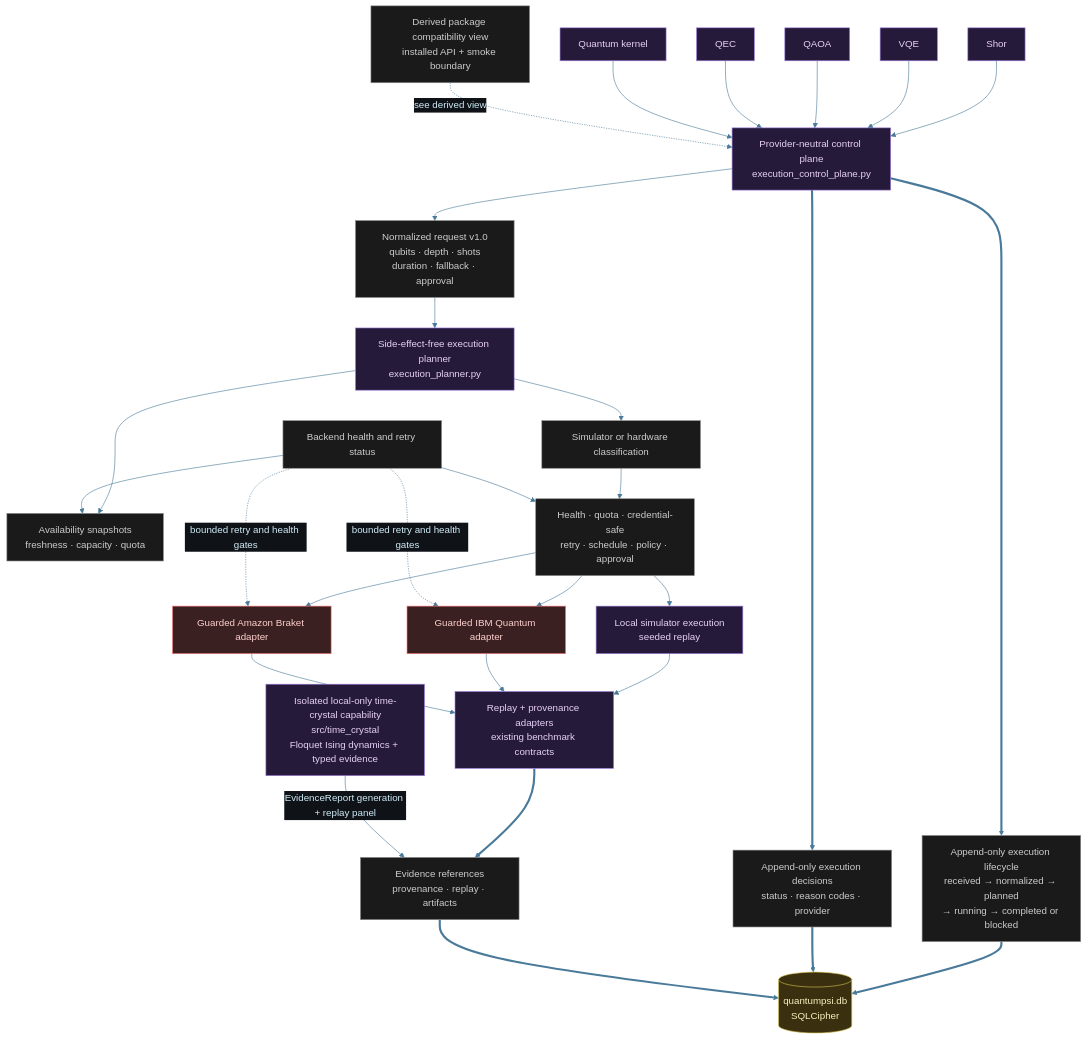
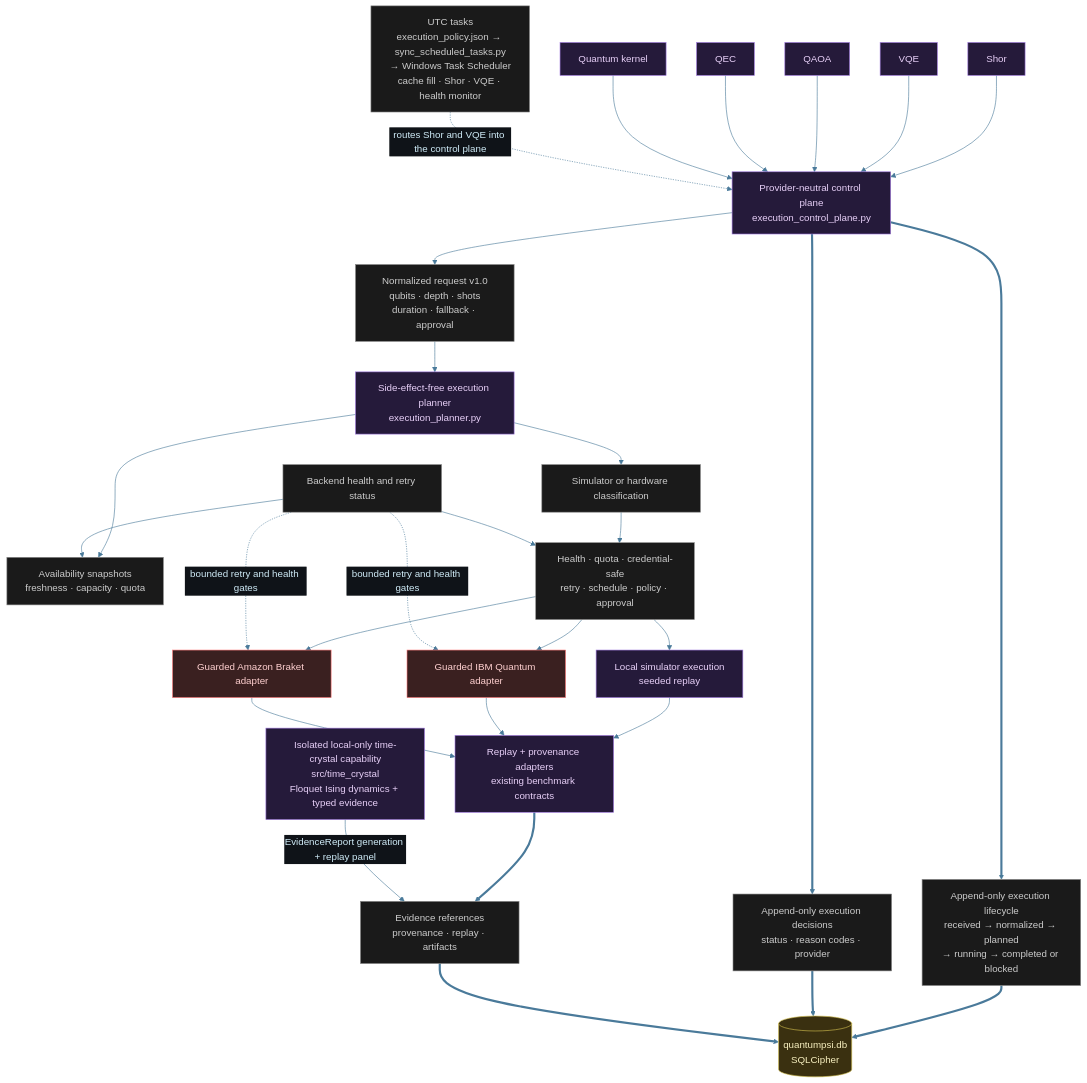
One commit to tylerdrakemusic/Quantum changed the diagram in diagrams/quantum-architecture.mmd. Above: the diagram before and after it, drawn with Mermaid. The commit also changed 5 other files, not shown here.

```diff
--- a/diagrams/quantum-architecture.mmd
+++ b/diagrams/quantum-architecture.mmd
@@ -1,64 +1,64 @@
 %%{init: {'theme': 'base', 'themeVariables': {'primaryColor': '#1a2e3a', 'primaryTextColor': '#d0ecf8', 'edgeLabelBackground': '#0f1318', 'lineColor': '#4a7a9a'}}}%%
 %% is_derived_view=false
 %% Traceability.derived_views: diagrams/quantum-derived-cache-integrity.mmd, diagrams/quantum-randomness-service.mmd, diagrams/quantum-package-compatibility.mmd, diagrams/quantum-benchmark-run-status.mmd
 graph TB
     Shor[Shor]:::quantum
     VQE[VQE]:::quantum
     QAOA[QAOA]:::quantum
     QEC[QEC]:::quantum
     Kernel[Quantum kernel]:::quantum
     ControlPlane[Provider-neutral control plane<br/>execution_control_plane.py]:::quantum
     Normalized[Normalized request v1.0<br/>qubits · depth · shots<br/>duration · fallback · approval]:::state
     Planner[Side-effect-free execution planner<br/>execution_planner.py]:::quantum
     Snapshots[Availability snapshots<br/>freshness · capacity · quota]:::state
     Classifier[Simulator or hardware classification]:::state
     Gates[Health · quota · credential-safe<br/>retry · schedule · policy · approval]:::state
     Simulator[Local simulator execution<br/>seeded replay]:::quantum
     IBM[Guarded IBM Quantum adapter]:::ext
     Braket[Guarded Amazon Braket adapter]:::ext
     Replay[Replay + provenance adapters<br/>existing benchmark contracts]:::quantum
     Evidence[Evidence references<br/>provenance · replay · artifacts]:::state
     QuantumDB[(quantumpsi.db<br/>SQLCipher)]:::db
     Lifecycle[Append-only execution lifecycle<br/>received → normalized → planned<br/>→ running → completed or blocked]:::state
     Decisions[Append-only execution decisions<br/>status · reason codes · provider]:::state
     Health[Backend health and retry status]:::state
-    PackageCompat[Derived package compatibility view<br/>installed API + smoke boundary]:::state
+    TaskSync[UTC tasks<br/>execution_policy.json → sync_scheduled_tasks.py<br/>→ Windows Task Scheduler<br/>cache fill · Shor · VQE · health monitor]:::state
     TimeCrystal[Isolated local-only time-crystal capability<br/>src/time_crystal<br/>Floquet Ising dynamics + typed evidence]:::quantum
     Shor --> ControlPlane
     VQE --> ControlPlane
     QAOA --> ControlPlane
     QEC --> ControlPlane
     Kernel --> ControlPlane
     ControlPlane --> Normalized --> Planner
     Planner --> Snapshots
     Planner --> Classifier
     Classifier --> Gates
     Gates --> Simulator
     Gates --> IBM
     Gates --> Braket
     Simulator --> Replay
     IBM --> Replay
     Braket --> Replay
     Replay ==> Evidence
     ControlPlane ==> Lifecycle
     ControlPlane ==> Decisions
     Lifecycle ==> QuantumDB
     Decisions ==> QuantumDB
     Evidence ==> QuantumDB
     Health --> Snapshots
     Health --> Gates
     Health -.->|bounded retry and health gates| IBM
     Health -.->|bounded retry and health gates| Braket
     TimeCrystal -->|"EvidenceReport generation + replay panel"| Evidence
-    PackageCompat -.->|"see derived view"| ControlPlane
+    TaskSync -.->|routes Shor and VQE into the control plane| ControlPlane
 
 classDef life     fill:#1a2e3a,stroke:#6ab4d4,color:#d0ecf8
 classDef music    fill:#3a1a24,stroke:#d47a8f,color:#f8d0dc
 classDef quantum  fill:#251a3a,stroke:#a07adf,color:#e8d0f8
 classDef manifest fill:#3a2e1a,stroke:#d4a96a,color:#f8ead0
 classDef ws       fill:#1a3a30,stroke:#6ad4b4,color:#d0f8ee
 classDef tyler    fill:#2a1a3a,stroke:#9e4aff,color:#fff
 classDef ext      fill:#3a2020,stroke:#ff7a7a,color:#ffd0d0
 classDef db       fill:#3a3010,stroke:#d4c050,color:#f8f0c0
 classDef state    fill:#1a1a1a,stroke:#888888,color:#cccccc
 classDef store    fill:#1a3a30,stroke:#6ad4b4,color:#d0f8ee
```
